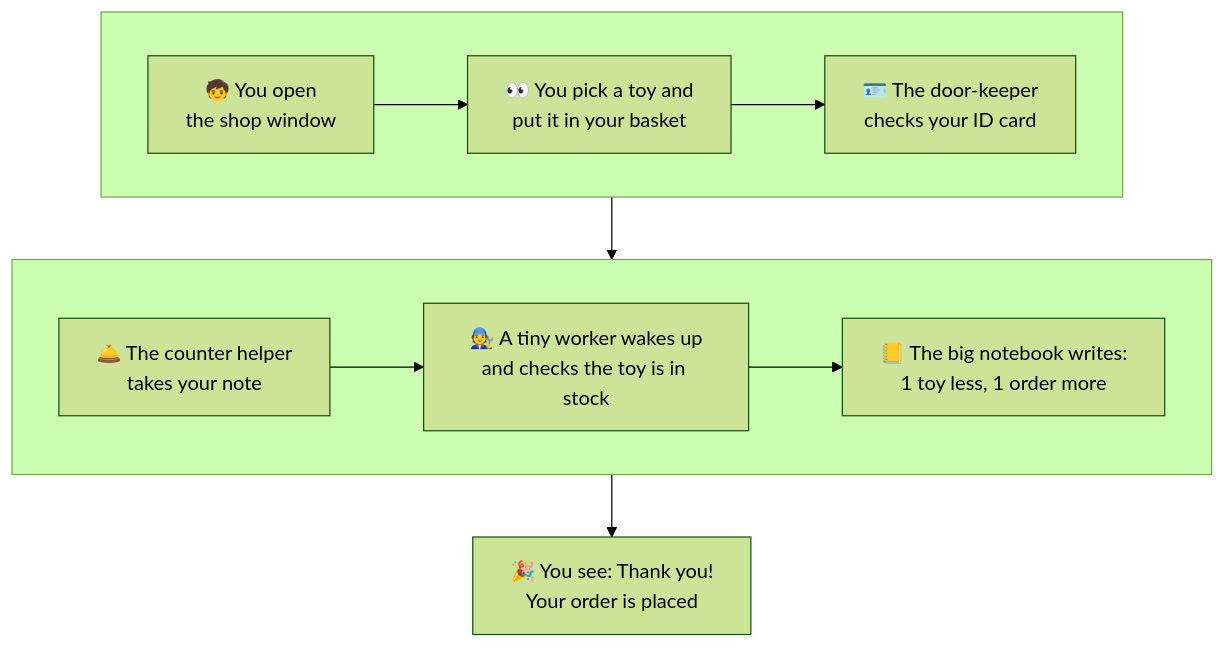
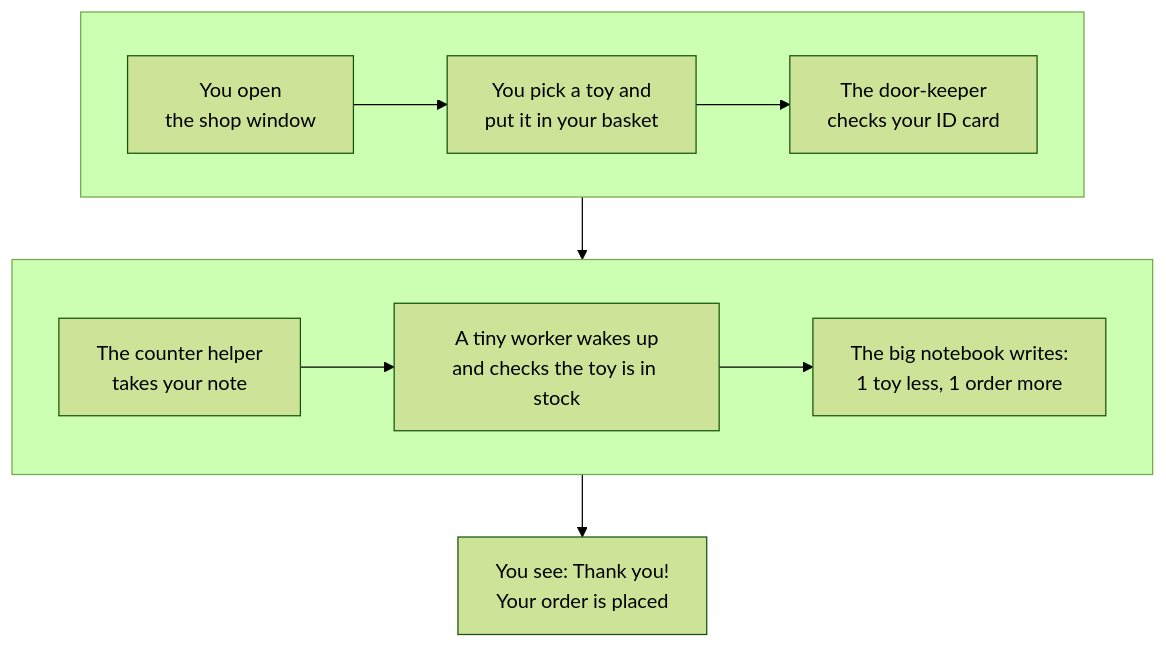
The first of 4 diagrams in README.md (IndushreeDN/aws-online-store), drawn with Mermaid (forest theme) before and after one commit. The commit also changed other lines of this file, not shown here.

````diff
--- a/README.md
+++ b/README.md
@@ -78,13 +78,13 @@
 ```mermaid
 flowchart TB
   subgraph R1[" "]
     direction LR
-    A["🧒 You open<br/>the shop window"] --> B["👀 You pick a toy and<br/>put it in your basket"] --> C["🪪 The door-keeper<br/>checks your ID card"]
+    A[" You open<br/>the shop window"] --> B[" You pick a toy and<br/>put it in your basket"] --> C[" The door-keeper<br/>checks your ID card"]
   end
   subgraph R2[" "]
     direction LR
-    D["🛎️ The counter helper<br/>takes your note"] --> E["🧑‍🔧 A tiny worker wakes up<br/>and checks the toy is in stock"] --> F["📒 The big notebook writes:<br/>1 toy less, 1 order more"]
+    D[" The counter helper<br/>takes your note"] --> E[" A tiny worker wakes up<br/>and checks the toy is in stock"] --> F[" The big notebook writes:<br/>1 toy less, 1 order more"]
   end
   R1 --> R2
-  R2 --> G["🎉 You see: Thank you!<br/>Your order is placed"]
+  R2 --> G[" You see: Thank you!<br/>Your order is placed"]
 ```
````
